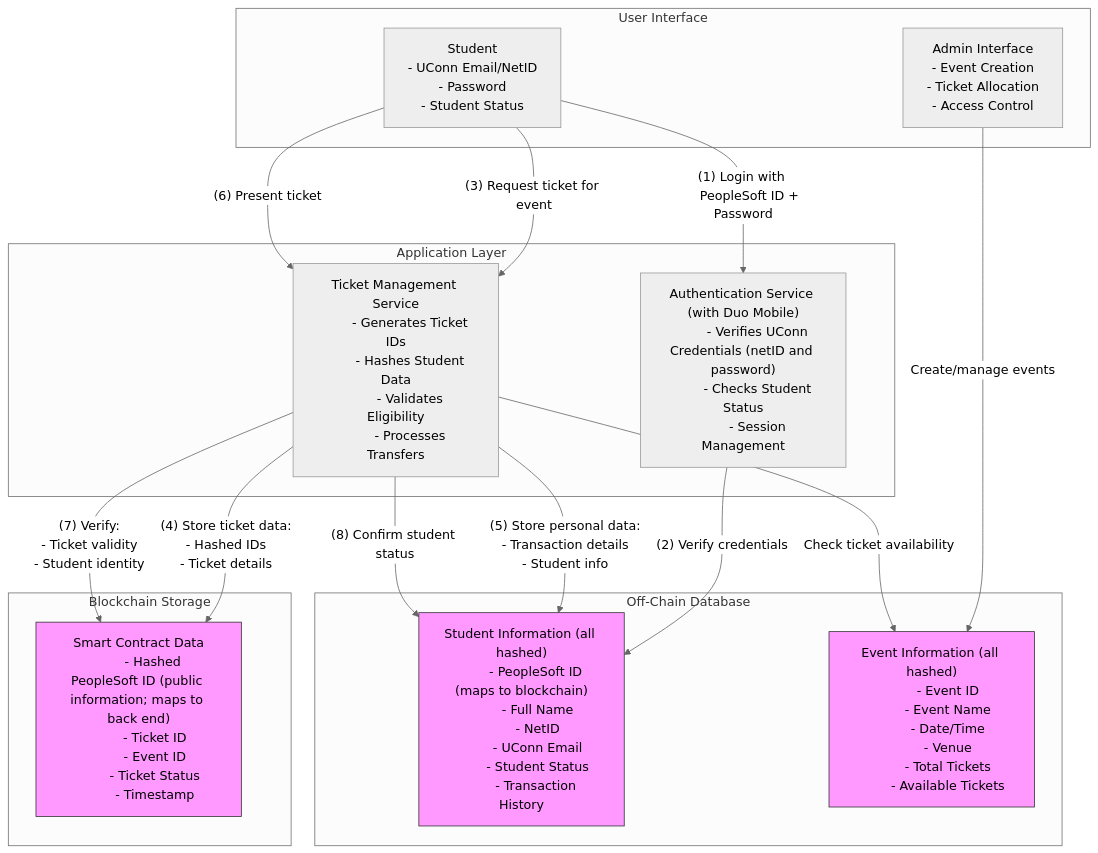
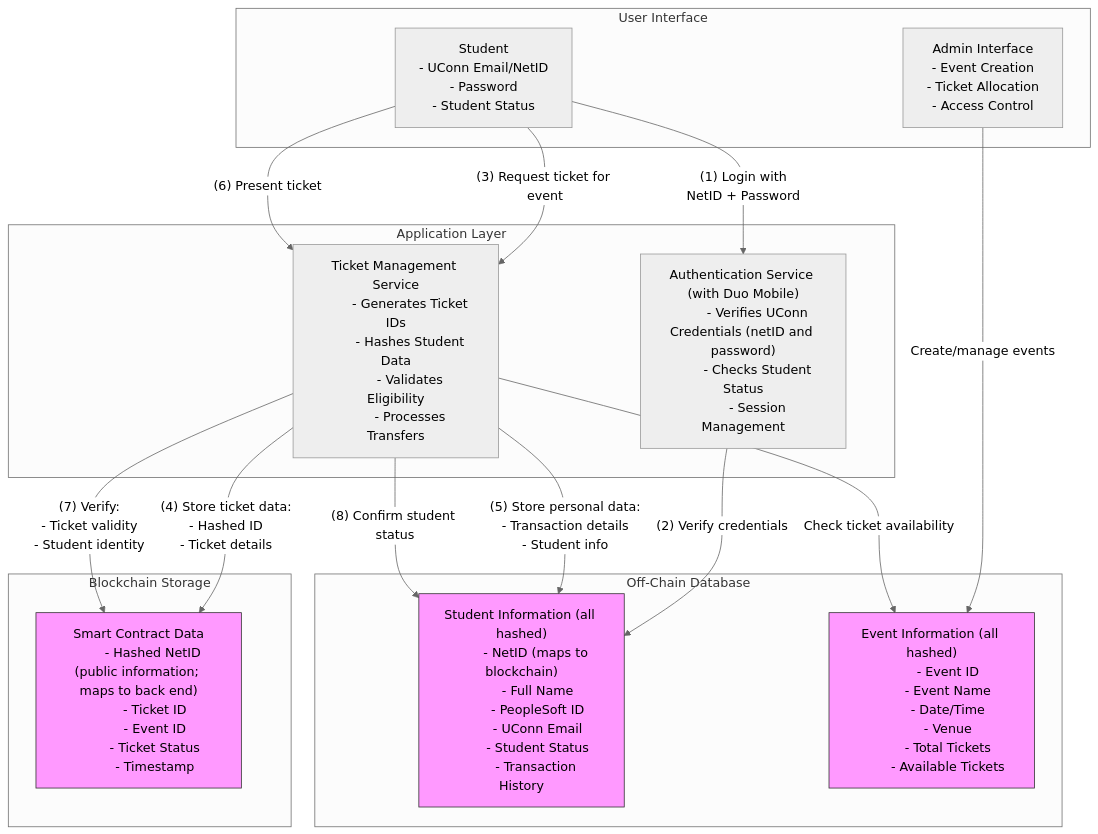
One commit to lpep64/Blockchain-Ticketing changed the diagram in docs/dataflow.md. Above: the diagram before and after it, drawn with Mermaid (neutral theme).

````diff
--- a/docs/dataflow.md
+++ b/docs/dataflow.md
@@ -1,82 +1,82 @@
 ```mermaid
 flowchart TB
     subgraph UI ["User Interface"]
         Student["Student
         - UConn Email/NetID
         - Password
         - Student Status"]
         AdminUI["Admin Interface
         - Event Creation
         - Ticket Allocation
         - Access Control"]
     end
 
     subgraph Processing ["Application Layer"]
         Auth["Authentication Service (with Duo Mobile)
         - Verifies UConn Credentials (netID and password)
         - Checks Student Status
         - Session Management"]
         
         TicketService["Ticket Management Service
         - Generates Ticket IDs
         - Hashes Student Data
         - Validates Eligibility
         - Processes Transfers"]
     end
 
     subgraph BlockchainStorage ["Blockchain Storage"]
         SmartContract["Smart Contract Data
-        - Hashed PeopleSoft ID (public information; maps to back end)
+        - Hashed NetID (public information; maps to back end)
         - Ticket ID
         - Event ID
         - Ticket Status
         - Timestamp"]
     end
 
     subgraph Database ["Off-Chain Database"]
         StudentData["Student Information (all hashed)
-        - PeopleSoft ID (maps to blockchain)
+        - NetID (maps to blockchain)
         - Full Name
-        - NetID
+        - PeopleSoft ID
         - UConn Email
         - Student Status
         - Transaction History"]
         
         EventData["Event Information (all hashed)
         - Event ID
         - Event Name
         - Date/Time
         - Venue
         - Total Tickets
         - Available Tickets"]
     end
 
     %% Student flows
     Student -->|"(1) Login with 
-    PeopleSoft ID + Password"| Auth
+    NetID + Password"| Auth
     Auth -->|"(2) Verify credentials"| StudentData
     Student -->|"(3) Request ticket for event"| TicketService
     
     %% Ticket processing
     TicketService -->|"(4) Store ticket data:
-    - Hashed IDs
+    - Hashed ID
     - Ticket details"| SmartContract
     
     TicketService -->|"(5) Store personal data:
     - Transaction details
     - Student info"| StudentData
     
     %% Event data flow
     AdminUI -->|"Create/manage events"| EventData
     TicketService -->|"Check ticket availability"| EventData
     
     %% Verification flow
     Student -->|"(6) Present ticket"| TicketService
     TicketService -->|"(7) Verify:
     - Ticket validity
     - Student identity"| SmartContract
     TicketService -->|"(8) Confirm student status"| StudentData
 
     classDef storage fill:#f9f,stroke:#333
     class SmartContract,StudentData,EventData storage
 ```
````
